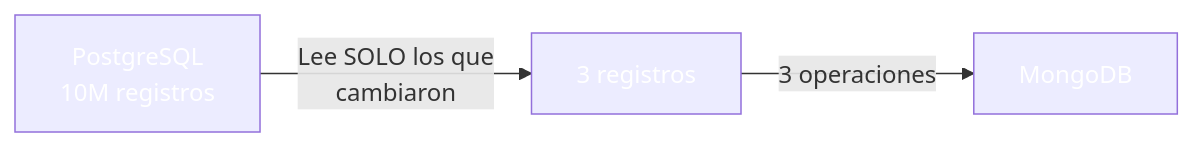
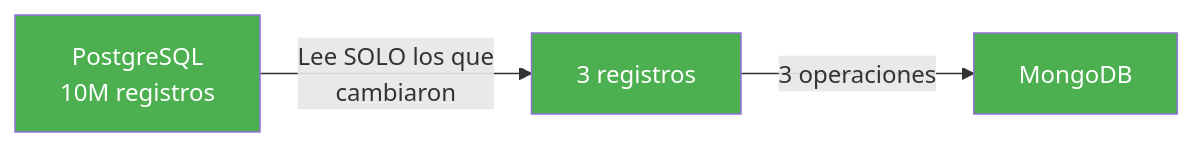
One commit to joseluisgs/DesarrolloWebEntornosServidor-02-2026-2027 changed diagram 15 of 24 in 30-cqrs-mediator.md. Above: the diagram before and after it, drawn with Mermaid. The commit also changed other lines of this file and 29 other files, not shown here.

Commit message:
docs: corregir estilos Mermaid y estilo, quitar referencias a la Tienda y reestructurar los retos 13 y 15

````diff
--- a/30-cqrs-mediator.md
+++ b/30-cqrs-mediator.md
@@ -979,9 +979,9 @@
 ```mermaid
 flowchart LR
     A["PostgreSQL\n10M registros"] -->|"Lee SOLO los que\ncambiaron"| B["3 registros"]
     B -->|"3 operaciones"| C["MongoDB"]
 
-    style A fill:#4CAF5,color:#fff0,color:#fff
-    style B fill:#4CAF5,color:#fff0,color:#fff
-    style C fill:#4CAF5,color:#fff0,color:#fff
+    style A fill:#4CAF50,color:#fff
+    style B fill:#4CAF50,color:#fff
+    style C fill:#4CAF50,color:#fff
 ```
````
